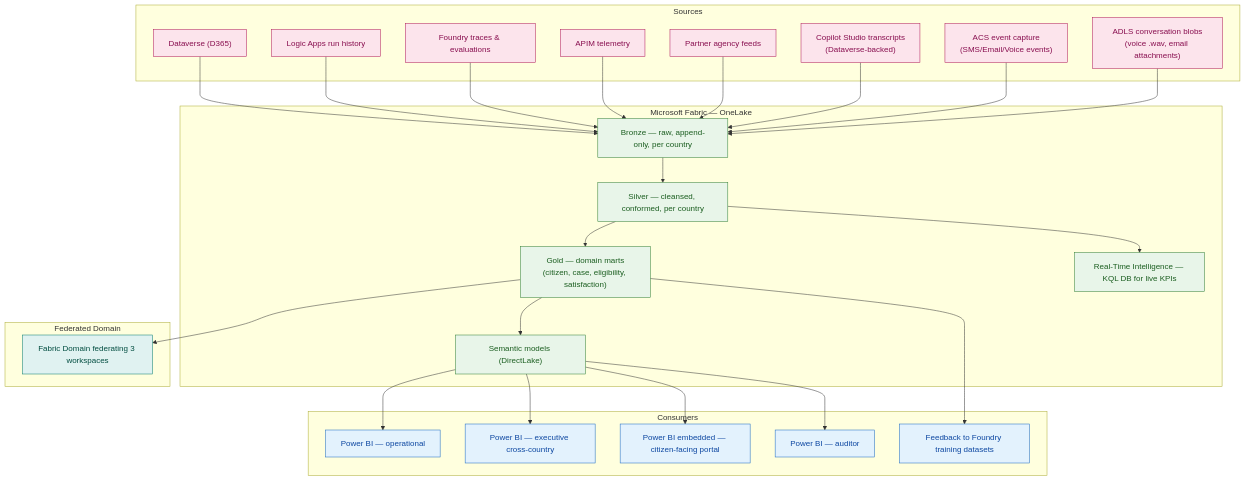
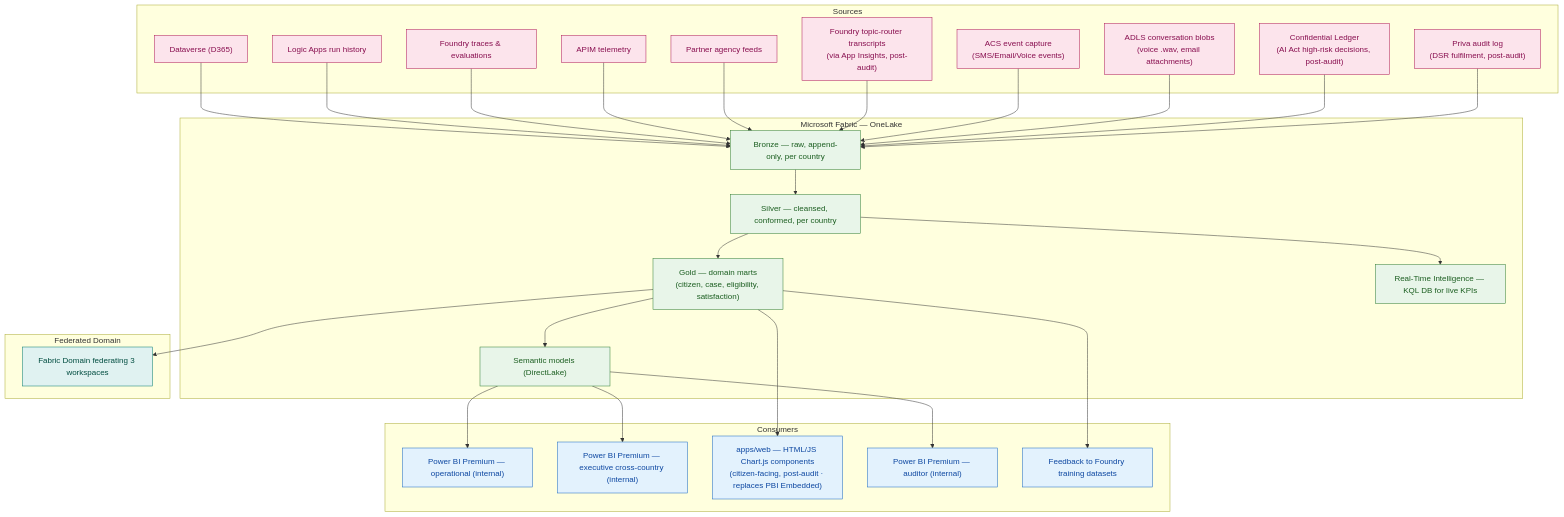
One commit to fredgis/UDCSP changed the seventh of 13 diagrams in docs/tech/architecture.md. Above: the diagram before and after it, drawn with Mermaid. The commit also changed other lines of this file and 193 other files, not shown here.

````diff
--- a/docs/tech/architecture.md
+++ b/docs/tech/architecture.md
@@ -621,61 +670,65 @@
 ```mermaid
 graph TB
     subgraph SOURCES["Sources"]
         SRC_D365["Dataverse (D365)"]
         SRC_LA["Logic Apps run history"]
         SRC_AI["Foundry traces & evaluations"]
         SRC_APIM["APIM telemetry"]
         SRC_PARTNER["Partner agency feeds"]
-        SRC_CS["Copilot Studio transcripts<br/>(Dataverse-backed)"]
+        SRC_TR["Foundry topic-router transcripts<br/>(via App Insights, post-audit)"]
         SRC_ACS["ACS event capture<br/>(SMS/Email/Voice events)"]
         SRC_ADLS_CONV["ADLS conversation blobs<br/>(voice .wav, email attachments)"]
+        SRC_CL["Confidential Ledger<br/>(AI Act high-risk decisions, post-audit)"]
+        SRC_PRV["Priva audit log<br/>(DSR fulfilment, post-audit)"]
     end
 
     subgraph FABRIC["Microsoft Fabric — OneLake"]
         BRONZE["Bronze — raw, append-only, per country"]
         SILVER["Silver — cleansed, conformed, per country"]
         GOLD["Gold — domain marts<br/>(citizen, case, eligibility, satisfaction)"]
         RTI["Real-Time Intelligence — KQL DB for live KPIs"]
         SEMANTIC["Semantic models (DirectLake)"]
     end
 
     subgraph FED["Federated Domain"]
         DOMAIN["Fabric Domain federating 3 workspaces"]
     end
 
     subgraph CONS["Consumers"]
-        PBI_OPS["Power BI — operational"]
-        PBI_EXEC["Power BI — executive cross-country"]
-        PBI_CIT["Power BI embedded — citizen-facing portal"]
-        PBI_AUD["Power BI — auditor"]
+        PBI_OPS["Power BI Premium — operational (internal)"]
+        PBI_EXEC["Power BI Premium — executive cross-country (internal)"]
+        WEB_HTML["apps/web — HTML/JS Chart.js components<br/>(citizen-facing, post-audit · replaces PBI Embedded)"]
+        PBI_AUD["Power BI Premium — auditor (internal)"]
         AI_FB["Feedback to Foundry training datasets"]
     end
 
     SRC_D365 --> BRONZE
     SRC_LA --> BRONZE
     SRC_AI --> BRONZE
     SRC_APIM --> BRONZE
     SRC_PARTNER --> BRONZE
-    SRC_CS --> BRONZE
+    SRC_TR --> BRONZE
     SRC_ACS --> BRONZE
     SRC_ADLS_CONV --> BRONZE
+    SRC_CL --> BRONZE
+    SRC_PRV --> BRONZE
 
     BRONZE --> SILVER --> GOLD --> SEMANTIC
     SILVER --> RTI
     GOLD --> DOMAIN
     SEMANTIC --> PBI_OPS
     SEMANTIC --> PBI_EXEC
-    SEMANTIC --> PBI_CIT
+    GOLD --> WEB_HTML
     SEMANTIC --> PBI_AUD
     GOLD --> AI_FB
 
     classDef src fill:#FCE4EC,stroke:#AD1457,color:#880E4F
     classDef fab fill:#E8F5E9,stroke:#2E7D32,color:#1B5E20
     classDef dom fill:#E0F2F1,stroke:#00796B,color:#004D40
     classDef cons fill:#E3F2FD,stroke:#1565C0,color:#0D47A1
 
-    class SRC_D365,SRC_LA,SRC_AI,SRC_APIM,SRC_PARTNER,SRC_CS,SRC_ACS,SRC_ADLS_CONV src
+    class SRC_D365,SRC_LA,SRC_AI,SRC_APIM,SRC_PARTNER,SRC_TR,SRC_ACS,SRC_ADLS_CONV,SRC_CL,SRC_PRV src
     class BRONZE,SILVER,GOLD,RTI,SEMANTIC fab
     class DOMAIN dom
-    class PBI_OPS,PBI_EXEC,PBI_CIT,PBI_AUD,AI_FB cons
+    class PBI_OPS,PBI_EXEC,WEB_HTML,PBI_AUD,AI_FB cons
 ```
````
